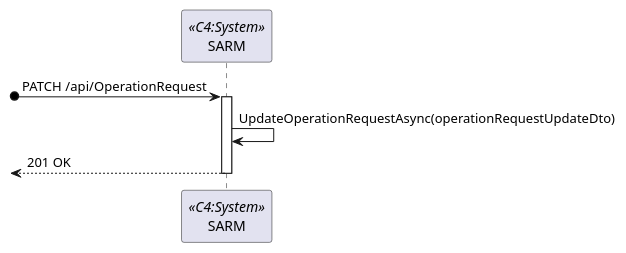
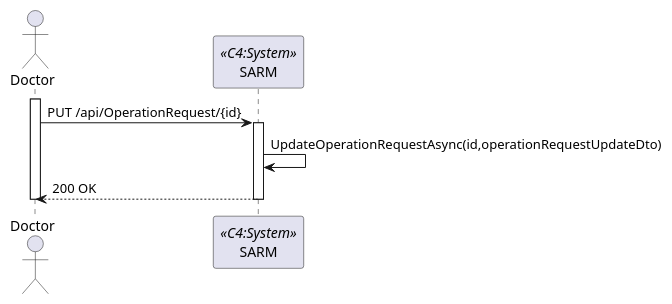
One commit to 1220846/sem5pi-24-25-3ddg20 changed the diagram in docs/sprint-a/us-5.1.17/views/level2/process-view.puml. Above: the diagram before and after it, drawn with PlantUML. The commit also changed 9 other files, not shown here.

```diff
--- a/docs/sprint-a/us-5.1.17/views/level2/process-view.puml
+++ b/docs/sprint-a/us-5.1.17/views/level2/process-view.puml
@@ -1,12 +1,15 @@
-@startuml ssdlevel2
+@startuml process-view
 
+actor "Doctor" as Doctor
 participant SYS as "SARM" <<C4:System>>
 
-?o->SYS:PATCH /api/OperationRequest
-activate SYS
+activate Doctor
+Doctor->SYS:PUT /api/OperationRequest/{id}
+    activate SYS
 
-    SYS->SYS:UpdateOperationRequestAsync(operationRequestUpdateDto)
+        SYS->SYS:UpdateOperationRequestAsync(id,operationRequestUpdateDto)
 
-    <--SYS:201 OK
-deactivate SYS
+        Doctor<--SYS:200 OK
+    deactivate SYS
+deactivate Doctor
 @enduml
```
